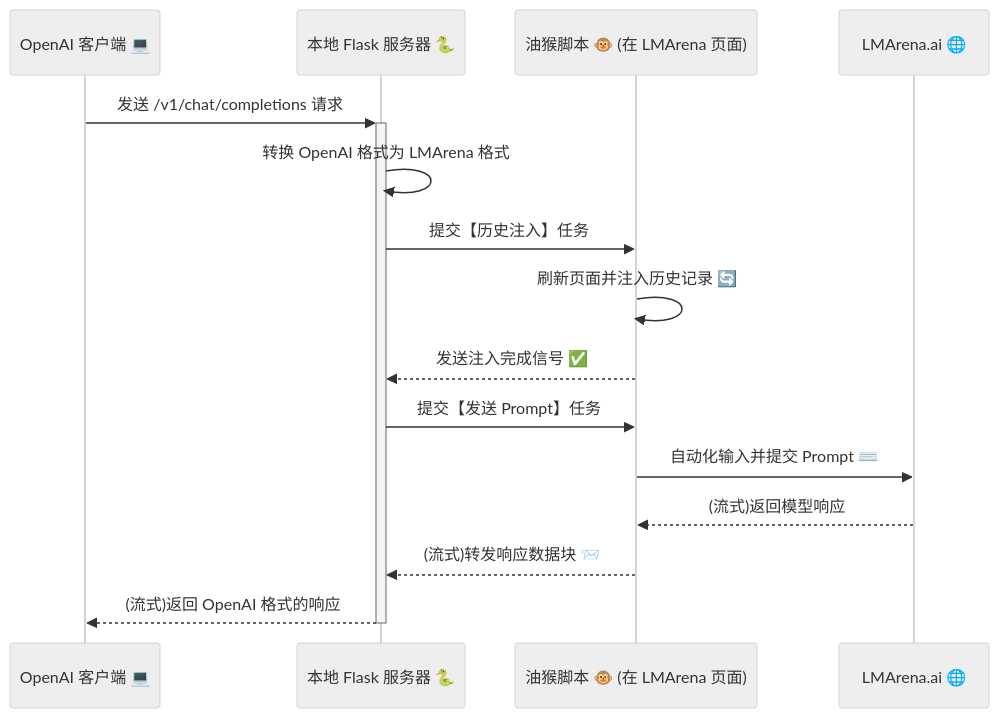
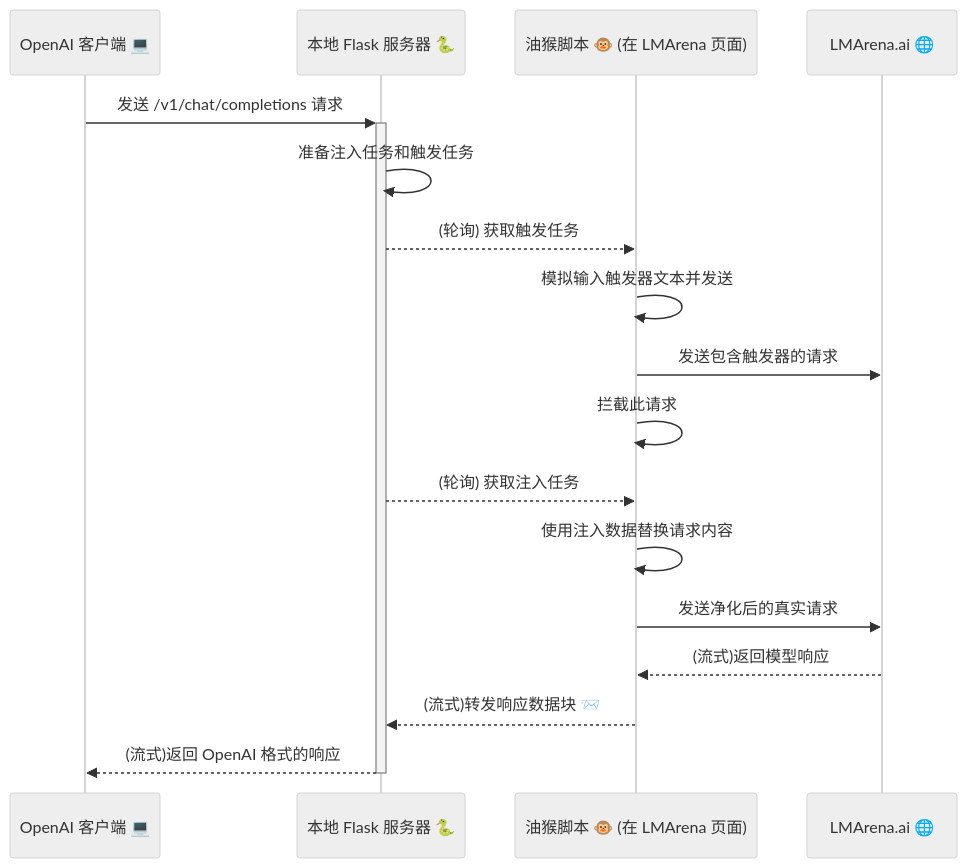
Before and after one commit to sergss/LMArenaBridge: the diagram in README.md, drawn with Mermaid (neutral theme). The commit also changed other lines of this file and 5 other files, not shown here.

````diff
--- a/README.md
+++ b/README.md
@@ -109,18 +121,20 @@
 ```mermaid
 sequenceDiagram
     participant C as OpenAI 客户端 💻
     participant S as 本地 Flask 服务器 🐍
     participant T as 油猴脚本 🐵 (在 LMArena 页面)
     participant L as LMArena.ai 🌐
 
     C->>+S: 发送 /v1/chat/completions 请求
-    S->>S: 转换 OpenAI 格式为 LMArena 格式
-    S->>T: 提交【历史注入】任务
-    T->>T: 刷新页面并注入历史记录 🔄
-    T-->>S: 发送注入完成信号 ✅
-    S->>T: 提交【发送 Prompt】任务
-    T->>L: 自动化输入并提交 Prompt ⌨️
+    S->>S: 准备注入任务和触发任务
+    S-->>T: (轮询) 获取触发任务
+    T->>T: 模拟输入触发器文本并发送
+    T->>L: 发送包含触发器的请求
+    T->>T: 拦截此请求
+    S-->>T: (轮询) 获取注入任务
+    T->>T: 使用注入数据替换请求内容
+    T->>L: 发送净化后的真实请求
     L-->>T: (流式)返回模型响应
     T-->>S: (流式)转发响应数据块 📨
     S-->>-C: (流式)返回 OpenAI 格式的响应
 ```
````
